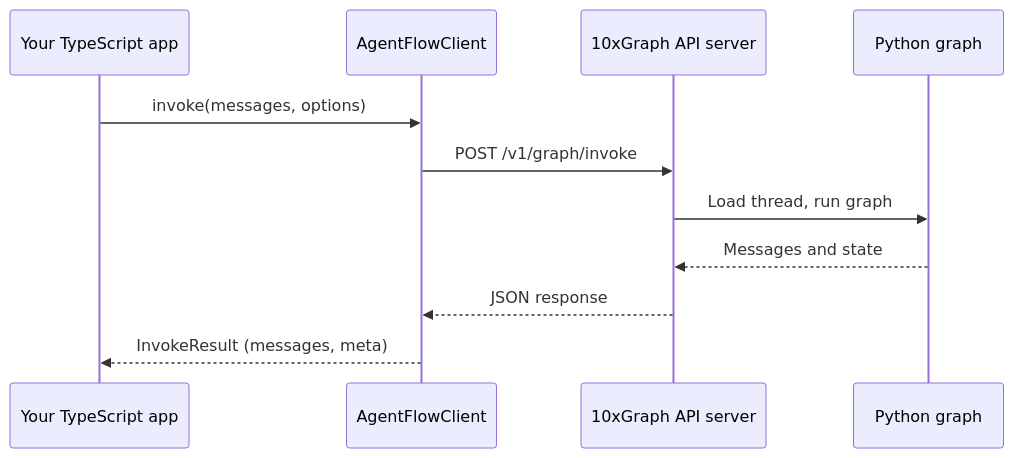
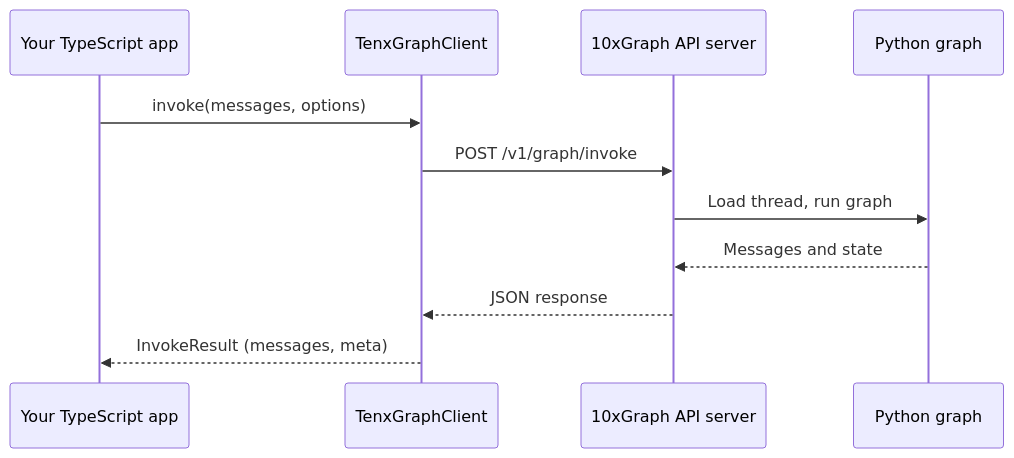
Before and after one commit to 10xHub/agentflow-docs: the diagram in src/content/docs/get-started/tutorial/call-from-your-app.md, drawn with Mermaid. The commit also changed other lines of this file and 71 other files, not shown here.

Commit message:
Refactor client references from AgentFlowClient to TenxGraphClient across documentation and code examples; update error handling and import statements accordingly.

````diff
--- a/src/content/docs/get-started/tutorial/call-from-your-app.md
+++ b/src/content/docs/get-started/tutorial/call-from-your-app.md
@@ -252,14 +252,14 @@
 ```mermaid
 sequenceDiagram
   participant App as Your TypeScript app
-  participant Client as AgentFlowClient
+  participant Client as TenxGraphClient
   participant Server as 10xGraph API server
   participant Graph as Python graph
 
   App->>Client: invoke(messages, options)
   Client->>Server: POST /v1/graph/invoke
   Server->>Graph: Load thread, run graph
   Graph-->>Server: Messages and state
   Server-->>Client: JSON response
   Client-->>App: InvokeResult (messages, meta)
 ```
````
